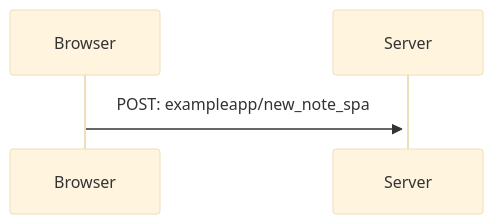
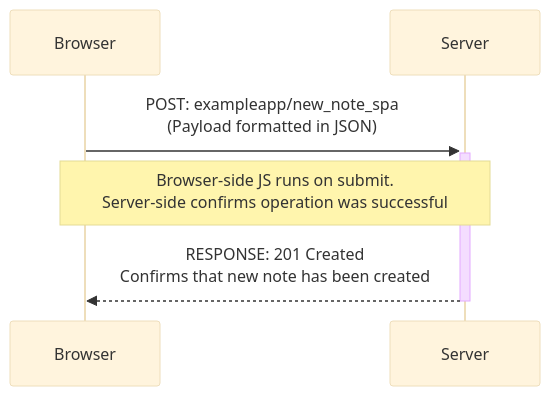
One commit to akiya-7/fullstackopen changed the diagram in part0/exercise06.mermaid. Above: the diagram before and after it, drawn with Mermaid (base theme).

Commit message:
Feat: Completed part 06

```diff
--- a/part0/exercise06.mermaid
+++ b/part0/exercise06.mermaid
@@ -1,5 +1,7 @@
 sequenceDiagram
     participant B as Browser
     participant S as Server
 
-    B->>+S: POST: exampleapp/new_note_spa
+    B->>+S: POST: exampleapp/new_note_spa<br/> (Payload formatted in JSON)
+    note over B,S: Browser-side JS runs on submit. <br/>Server-side confirms operation was successful
+    S-->>-B: RESPONSE: 201 Created<br/> Confirms that new note has been created
```
